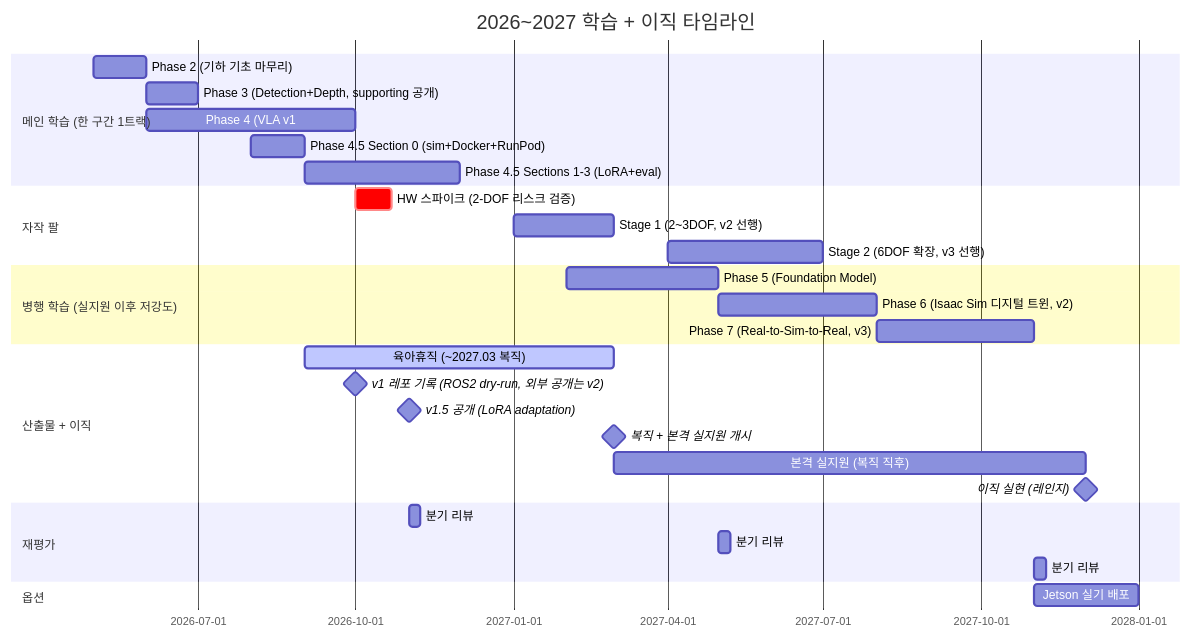
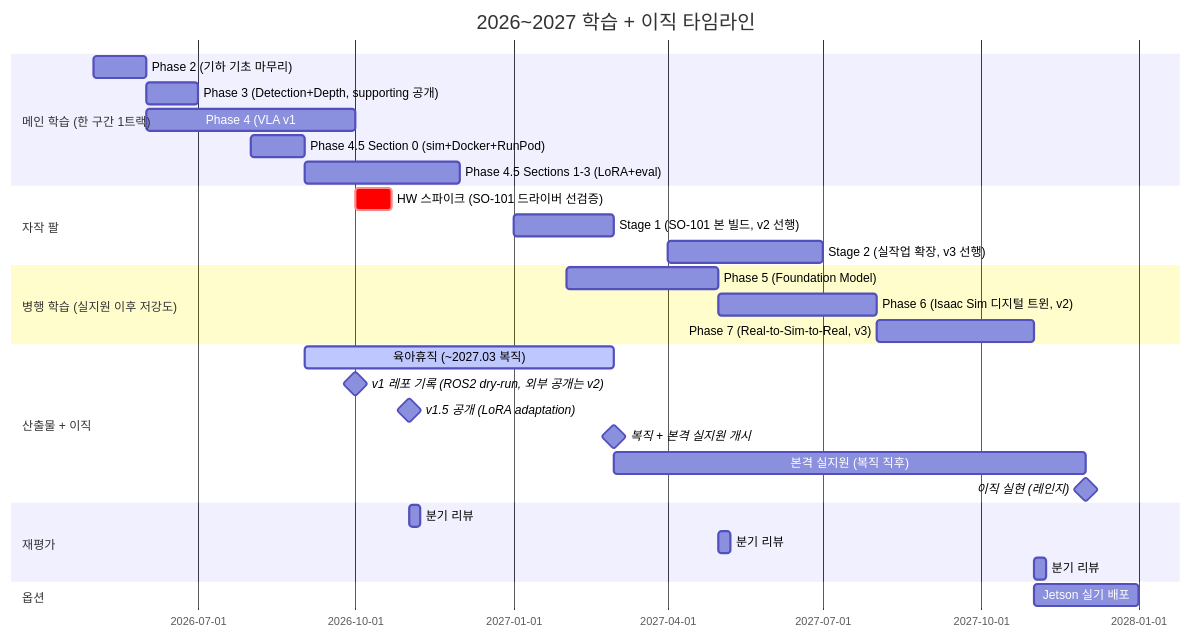
The diagram in README.md (tylee-yeonge/physical-ai-study), drawn with Mermaid before and after one commit. The commit also changed other lines of this file and 3 other files, not shown here.

````diff
--- a/README.md
+++ b/README.md
@@ -64,32 +64,32 @@
 ```mermaid
 gantt
     title 2026~2027 학습 + 이직 타임라인
     dateFormat YYYY-MM
     section 메인 학습 (한 구간 1트랙)
     Phase 2 (기하 기초 마무리) :a1, 2026-05, 1M
     Phase 3 (Detection+Depth, supporting 공개) :a2, 2026-06, 1M
     Phase 4 (VLA v1: zero-shot 추론 + ROS2) :a3, 2026-06, 4M
     Phase 4.5 Section 0 (sim+Docker+RunPod) :a35a, 2026-08, 1M
     Phase 4.5 Sections 1-3 (LoRA+eval) :a35b, 2026-09, 3M
     section 자작 팔
-    HW 스파이크 (2-DOF 리스크 검증) :crit, h0, 2026-10, 3w
-    Stage 1 (2~3DOF, v2 선행) :h1, 2027-01, 2M
-    Stage 2 (6DOF 확장, v3 선행) :h2, 2027-04, 3M
+    HW 스파이크 (SO-101 드라이버 선검증) :crit, h0, 2026-10, 3w
+    Stage 1 (SO-101 본 빌드, v2 선행) :h1, 2027-01, 2M
+    Stage 2 (실작업 확장, v3 선행) :h2, 2027-04, 3M
     section 병행 학습 (실지원 이후 저강도)
     Phase 5 (Foundation Model) :a4, 2027-02, 3M
     Phase 6 (Isaac Sim 디지털 트윈, v2) :a5, 2027-05, 3M
     Phase 7 (Real-to-Sim-to-Real, v3) :a6, 2027-08, 3M
     section 산출물 + 이직
     육아휴직 (~2027.03 복직) :active, leave, 2026-09, 6M
     v1 레포 기록 (ROS2 dry-run, 외부 공개는 v2) :milestone, d1, 2026-10, 0d
     v1.5 공개 (LoRA adaptation) :milestone, d15, 2026-11, 0d
     복직 + 본격 실지원 개시 :milestone, d3, 2027-03, 0d
     본격 실지원 (복직 직후) :b2, 2027-03, 9M
     이직 실현 (레인지) :milestone, d2, 2027-12, 0d
     section 재평가
     분기 리뷰 :rev1, 2026-11, 1w
     분기 리뷰 :rev2, 2027-05, 1w
     분기 리뷰 :rev3, 2027-11, 1w
     section 옵션
     Jetson 실기 배포 :opt, 2027-11, 2M
 ```
````
